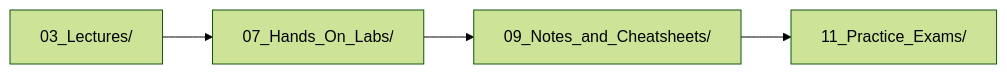
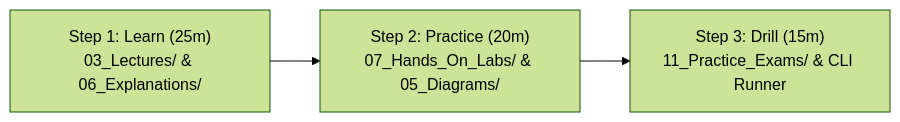
The first of 2 diagrams in AI/Practitioner/AIF-C01/00_START_HERE.md (fakhruldeen/AWS), drawn with Mermaid (forest theme) before and after one commit. The commit also changed other lines of this file and 17 other files, not shown here.

````diff
--- a/AI/Practitioner/AIF-C01/00_START_HERE.md
+++ b/AI/Practitioner/AIF-C01/00_START_HERE.md
@@ -12,6 +14,5 @@
 ```mermaid
 flowchart LR
-    Lectures["03_Lectures/"] --> Labs["07_Hands_On_Labs/"]
-    Labs --> Cheatsheets["09_Notes_and_Cheatsheets/"]
-    Cheatsheets --> Drills["11_Practice_Exams/"]
+    Learn["Step 1: Learn (25m)<br/>03_Lectures/ & 06_Explanations/"] --> Practice["Step 2: Practice (20m)<br/>07_Hands_On_Labs/ & 05_Diagrams/"]
+    Practice --> Drill["Step 3: Drill (15m)<br/>11_Practice_Exams/ & CLI Runner"]
 ```
````
